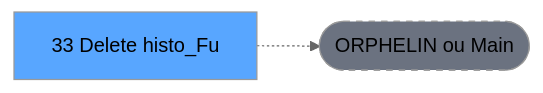
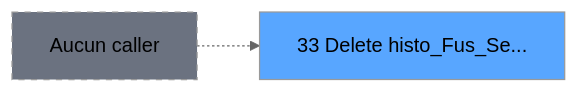
Before and after one commit to thonyAGP/lecteur-magic: the second of 3 diagrams in .openspec/specs/ADH-IDE-33.md, drawn with Mermaid (neutral theme). The commit also changed other lines of this file and 96 other files, not shown here.

````diff
--- a/.openspec/specs/ADH-IDE-33.md
+++ b/.openspec/specs/ADH-IDE-33.md
@@ -117,8 +145,8 @@
 ```mermaid
 graph LR
-    T[33 Delete histo_Fu]
-    ORPHAN([ORPHELIN ou Main])
-    T -.-> ORPHAN
-    style T fill:#58a6ff,color:#000
-    style ORPHAN fill:#6b7280,stroke-dasharray: 5 5
+    T33[33 Delete histo_Fus_Se...]
+    style T33 fill:#58a6ff
+    NONE[Aucun caller]
+    NONE -.-> T33
+    style NONE fill:#6b7280,stroke-dasharray: 5 5
 ```
````
